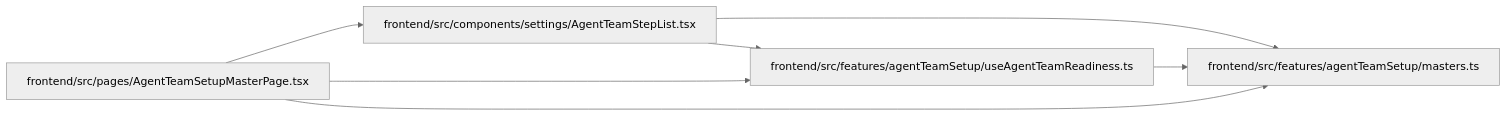
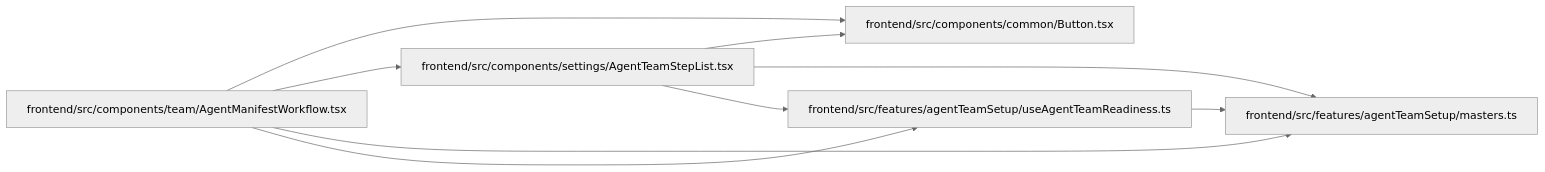
One commit to Denissvgn/WorkChord changed the diagram in docs/llm_wiki/modules/AgentTeamStepList.md. Above: the diagram before and after it, drawn with Mermaid (neutral theme). The commit also changed other lines of this file and 2373 other files, not shown here.

````diff
--- a/docs/llm_wiki/modules/AgentTeamStepList.md
+++ b/docs/llm_wiki/modules/AgentTeamStepList.md
@@ -34,17 +35,21 @@
 ```mermaid
 flowchart LR
-    n0["frontend/src/components/settings/AgentTeamStepList.tsx"]
-    n1["frontend/src/features/agentTeamSetup/masters.ts"]
-    n2["frontend/src/features/agentTeamSetup/useAgentTeamReadiness.ts"]
-    n3["frontend/src/pages/AgentTeamSetupMasterPage.tsx"]
-    n0 --> n1
-    n0 --> n2
+    n0["frontend/src/components/common/Button.tsx"]
+    n1["frontend/src/components/settings/AgentTeamStepList.tsx"]
+    n2["frontend/src/components/team/AgentManifestWorkflow.tsx"]
+    n3["frontend/src/features/agentTeamSetup/masters.ts"]
+    n4["frontend/src/features/agentTeamSetup/useAgentTeamReadiness.ts"]
+    n1 --> n0
+    n1 --> n3
+    n1 --> n4
+    n2 --> n0
     n2 --> n1
-    n3 --> n0
-    n3 --> n1
-    n3 --> n2
-    click n0 "../modules/AgentTeamStepList.md"
-    click n1 "../modules/agentTeamSetup_masters.md"
-    click n2 "../modules/useAgentTeamReadiness.md"
-    click n3 "../modules/AgentTeamSetupMasterPage.md"
+    n2 --> n3
+    n2 --> n4
+    n4 --> n3
+    click n0 "../modules/Button.md"
+    click n1 "../modules/AgentTeamStepList.md"
+    click n2 "../modules/AgentManifestWorkflow.md"
+    click n3 "../modules/agentTeamSetup_masters.md"
+    click n4 "../modules/useAgentTeamReadiness.md"
 ```
````
